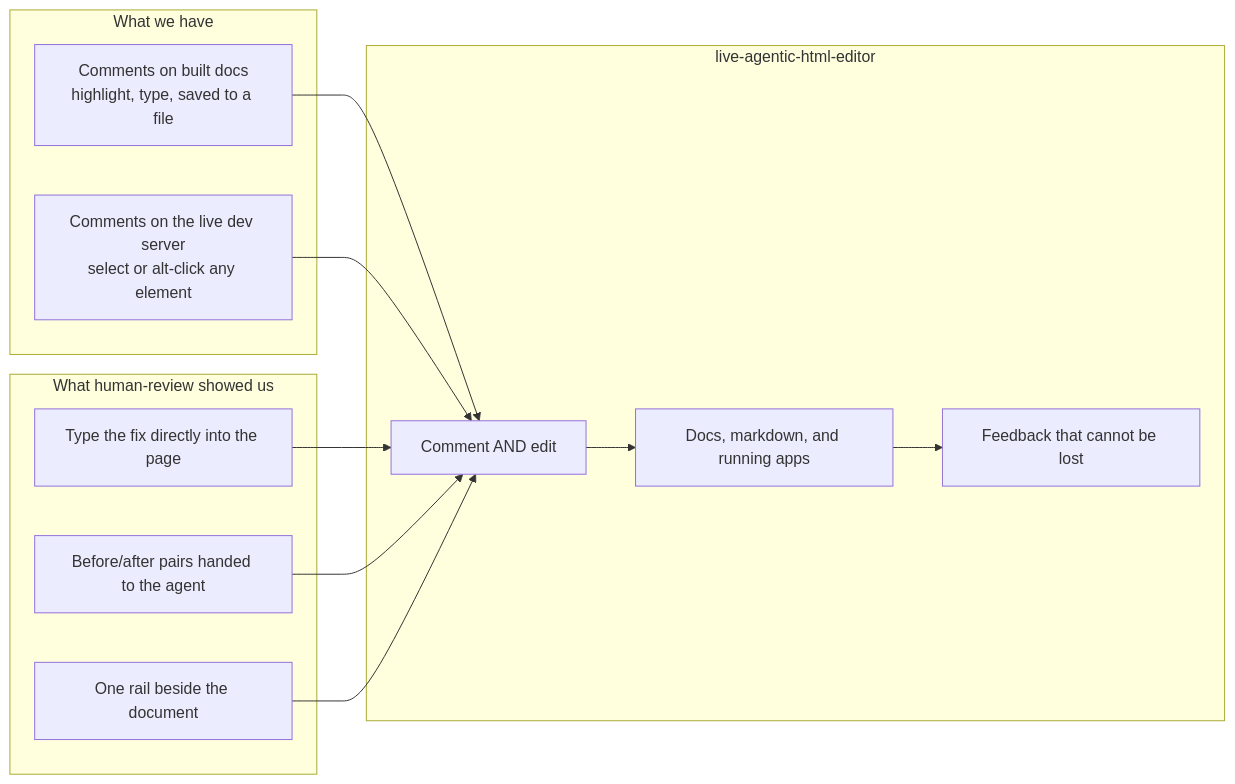
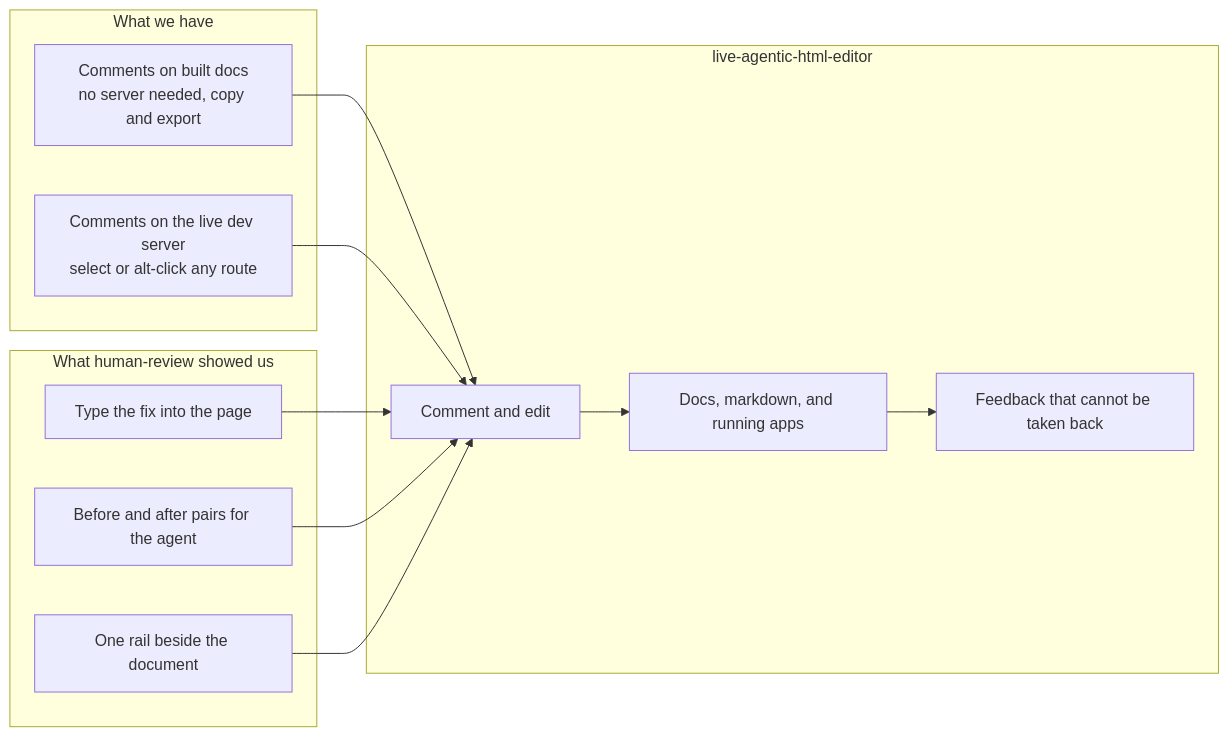
One commit to kenxle/live-agentic-html-editor changed the diagram in docs/features/20260812.01_live_agentic_html_editor/01_brief_live_agentic_html_editor.md. Above: the diagram before and after it, drawn with Mermaid. The commit also changed other lines of this file and 1 other file, not shown here.

Commit message:
Brief: integrate PM review, add styling non-interference requirements

````diff
--- a/docs/features/20260812.01_live_agentic_html_editor/01_brief_live_agentic_html_editor.md
+++ b/docs/features/20260812.01_live_agentic_html_editor/01_brief_live_agentic_html_editor.md
@@ -42,23 +57,23 @@
 ```mermaid
 flowchart LR
   subgraph Have["What we have"]
-    C1["Comments on built docs<br/>highlight, type, saved to a file"]
-    C2["Comments on the live dev server<br/>select or alt-click any element"]
+    C1["Comments on built docs<br/>no server needed, copy and export"]
+    C2["Comments on the live dev server<br/>select or alt-click any route"]
   end
-  subgraph Want["What human-review showed us"]
-    E1["Type the fix directly into the page"]
-    E2["Before/after pairs handed to the agent"]
+  subgraph Learned["What human-review showed us"]
+    E1["Type the fix into the page"]
+    E2["Before and after pairs for the agent"]
     E3["One rail beside the document"]
   end
   subgraph New["live-agentic-html-editor"]
-    N1["Comment AND edit"]
+    N1["Comment and edit"]
     N2["Docs, markdown, and running apps"]
-    N3["Feedback that cannot be lost"]
+    N3["Feedback that cannot be taken back"]
   end
   C1 --> N1
   C2 --> N1
   E1 --> N1
   E2 --> N1
   E3 --> N1
   N1 --> N2 --> N3
 ```
````
